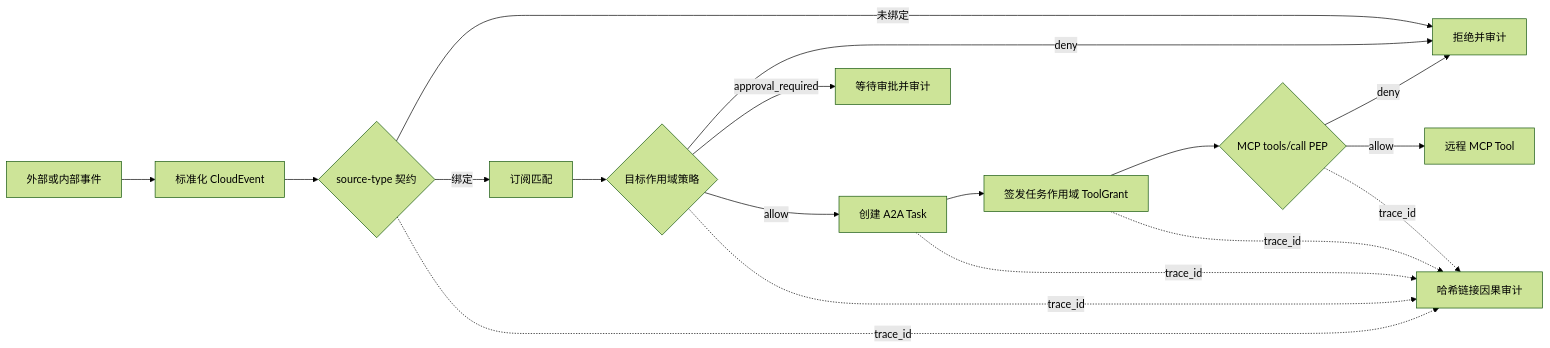
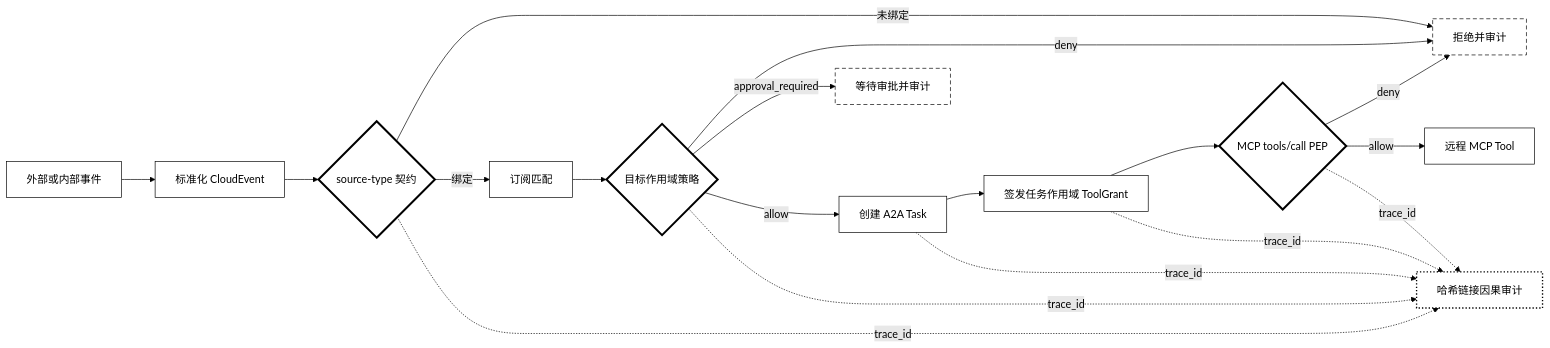
Before and after one commit to HQIT/DiOS: the second of 2 diagrams in docs/paper/E2AG-paper-draft.md, drawn with Mermaid (forest theme). The commit also changed other lines of this file and 2 other files, not shown here.

````diff
--- a/docs/paper/E2AG-paper-draft.md
+++ b/docs/paper/E2AG-paper-draft.md
@@ -171,20 +171,29 @@
 ```mermaid
 flowchart LR
     E["外部或内部事件"] --> N["标准化 CloudEvent"]
     N --> C{"source-type 契约"}
     C -->|未绑定| D["拒绝并审计"]
     C -->|绑定| R["订阅匹配"]
     R --> P{"目标作用域策略"}
     P -->|deny| D
     P -->|approval_required| H["等待审批并审计"]
     P -->|allow| T["创建 A2A Task"]
     T --> G["签发任务作用域 ToolGrant"]
     G --> M{"MCP tools/call PEP"}
     M -->|deny| D
     M -->|allow| X["远程 MCP Tool"]
     C -. trace_id .-> A["哈希链接因果审计"]
     P -. trace_id .-> A
     T -. trace_id .-> A
     G -. trace_id .-> A
     M -. trace_id .-> A
+
+    classDef baseline fill:#fff,stroke:#000,stroke-width:1px;
+    classDef pep fill:#fff,stroke:#000,stroke-width:3px;
+    classDef outcome fill:#fff,stroke:#000,stroke-width:1px,stroke-dasharray:6 4;
+    classDef audit fill:#fff,stroke:#000,stroke-width:2px,stroke-dasharray:2 3;
+    class E,N,R,T,G,X baseline;
+    class C,P,M pep;
+    class D,H outcome;
+    class A audit;
 ```
````
